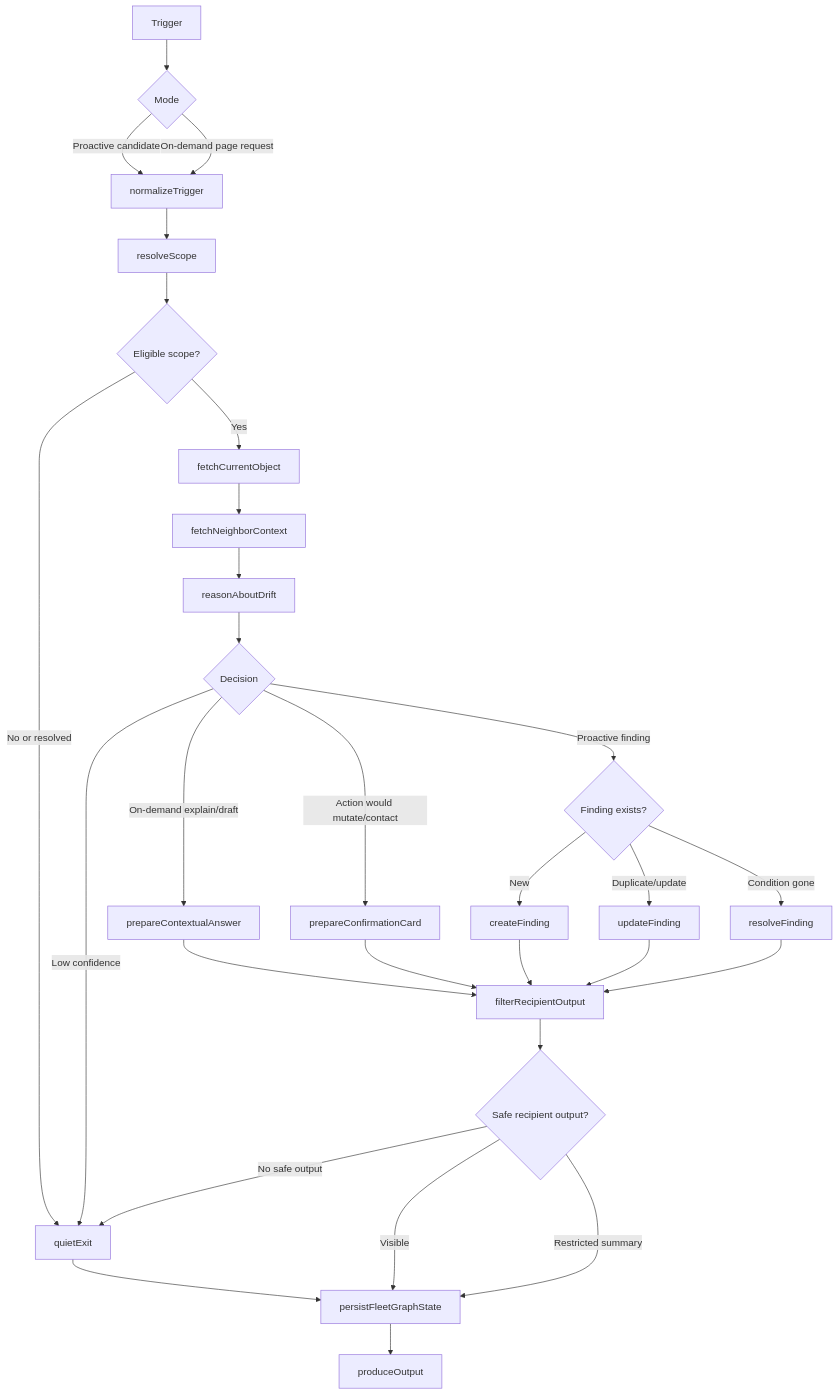
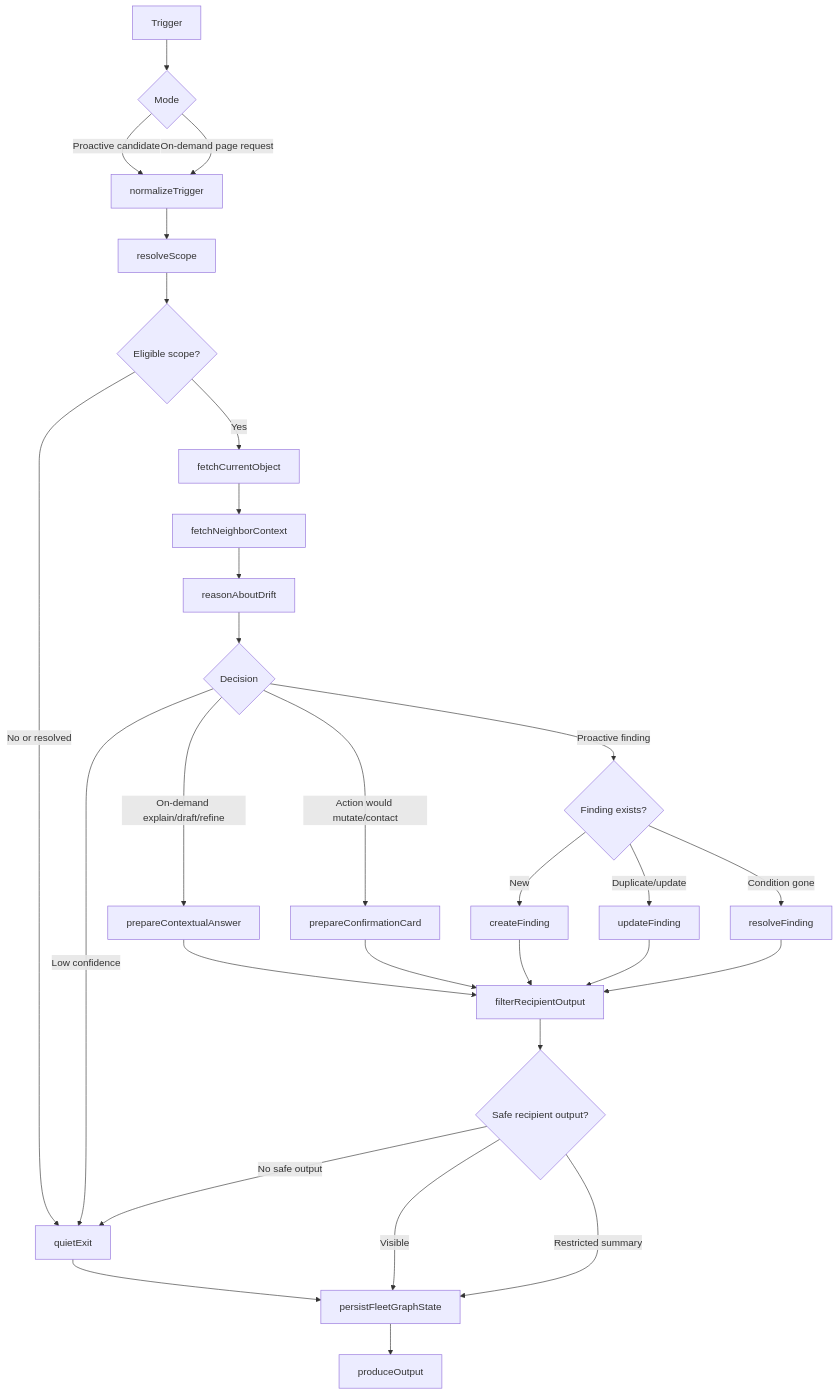
One commit to MichaelHabermas/ship-shape changed the diagram in my-docs/project-weeks-sot/week-5/FLEETGRAPH.md. Above: the diagram before and after it, drawn with Mermaid. The commit also changed other lines of this file and 4 other files, not shown here.

First line of the commit message:
Remove outdated architectural defense documents for FleetGraph

````diff
--- a/my-docs/project-weeks-sot/week-5/FLEETGRAPH.md
+++ b/my-docs/project-weeks-sot/week-5/FLEETGRAPH.md
@@ -47,31 +49,31 @@
 ```mermaid
 flowchart TD
   A[Trigger] --> B{Mode}
   B -->|Proactive candidate| C[normalizeTrigger]
   B -->|On-demand page request| C
   C --> D[resolveScope]
   D --> E{Eligible scope?}
   E -->|No or resolved| Q[quietExit]
   E -->|Yes| F[fetchCurrentObject]
   F --> G[fetchNeighborContext]
   G --> H[reasonAboutDrift]
   H --> I{Decision}
   I -->|Low confidence| Q
   I -->|Proactive finding| J{Finding exists?}
-  I -->|On-demand explain/draft| K[prepareContextualAnswer]
+  I -->|On-demand explain/draft/refine| K[prepareContextualAnswer]
   I -->|Action would mutate/contact| L[prepareConfirmationCard]
   J -->|New| M[createFinding]
   J -->|Duplicate/update| N[updateFinding]
   J -->|Condition gone| O[resolveFinding]
   K --> P[filterRecipientOutput]
   L --> P
   M --> P
   N --> P
   O --> P
   Q --> R[persistFleetGraphState]
   P --> S{Safe recipient output?}
   S -->|Visible| R
   S -->|Restricted summary| R
   S -->|No safe output| Q
   R --> T[produceOutput]
 ```
````
